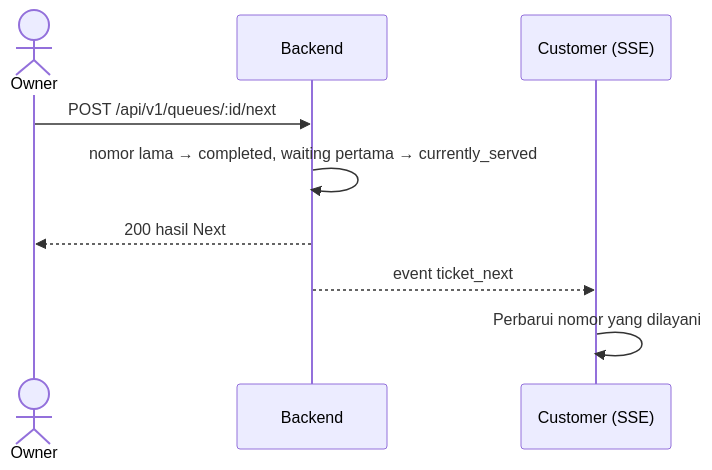
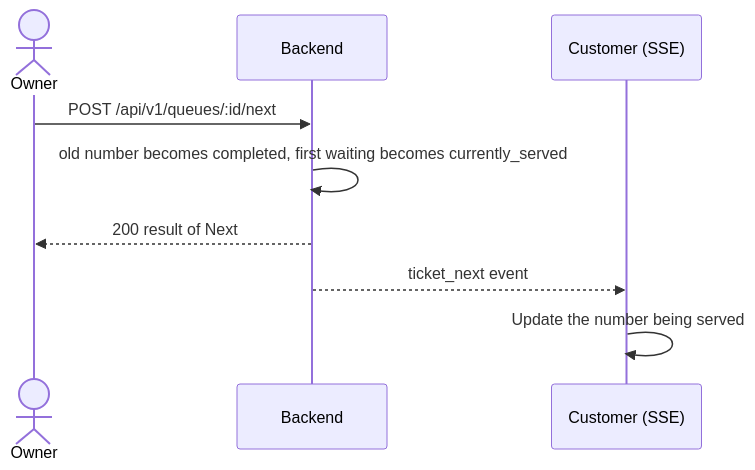
The third of 5 diagrams in docs/FLOW.md (monte-christo-gilberd/Queue-Management-System), drawn with Mermaid before and after one commit. The commit also changed other lines of this file and 4 other files, not shown here.

````diff
--- a/docs/FLOW.md
+++ b/docs/FLOW.md
@@ -70,11 +70,11 @@
 ```mermaid
 sequenceDiagram
     actor O as Owner
     participant BE as Backend
     participant C as Customer (SSE)
     O->>BE: POST /api/v1/queues/:id/next
-    BE->>BE: nomor lama → completed, waiting pertama → currently_served
-    BE-->>O: 200 hasil Next
-    BE-->>C: event ticket_next
-    C->>C: Perbarui nomor yang dilayani
+    BE->>BE: old number becomes completed, first waiting becomes currently_served
+    BE-->>O: 200 result of Next
+    BE-->>C: ticket_next event
+    C->>C: Update the number being served
 ```
````
